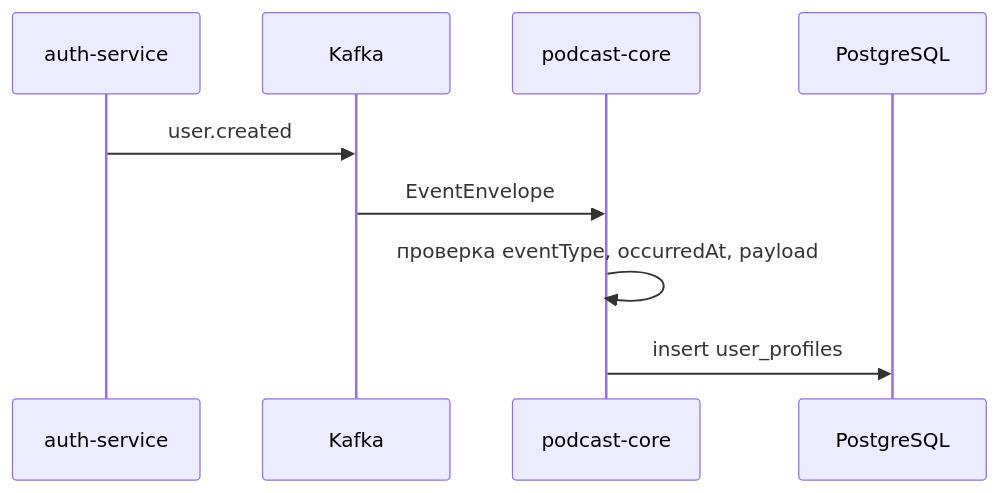
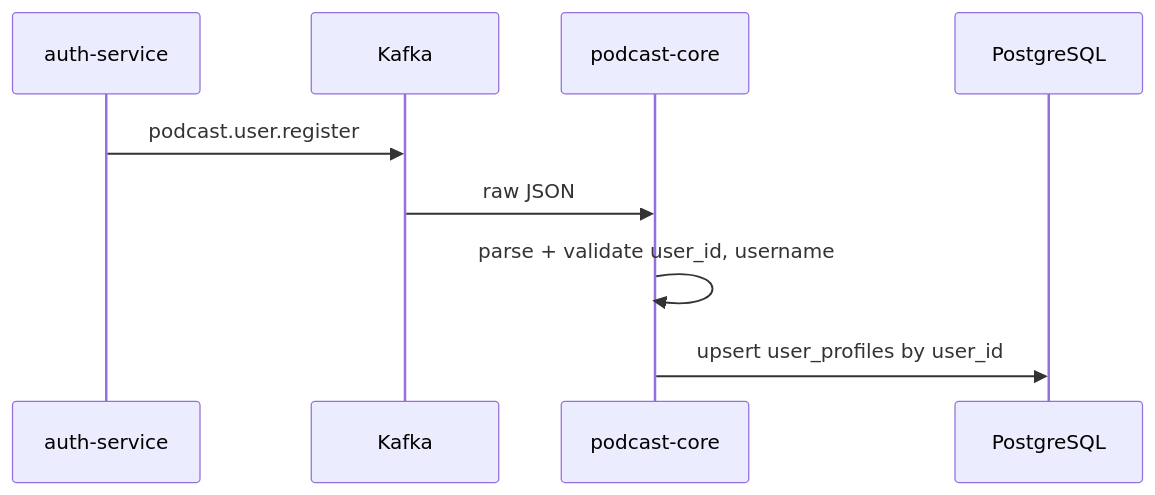
One commit to Podcast-service/Podcast_core changed the first of 2 diagrams in docs/architecture/kafka-flow.md. Above: the diagram before and after it, drawn with Mermaid. The commit also changed other lines of this file and 69 other files, not shown here.

````diff
--- a/docs/architecture/kafka-flow.md
+++ b/docs/architecture/kafka-flow.md
@@ -7,11 +7,11 @@
 ```mermaid
 sequenceDiagram
     participant Auth as auth-service
     participant Kafka as Kafka
     participant Core as podcast-core
     participant DB as PostgreSQL
-    Auth->>Kafka: user.created
-    Kafka->>Core: EventEnvelope
-    Core->>Core: проверка eventType, occurredAt, payload
-    Core->>DB: insert user_profiles
+    Auth->>Kafka: podcast.user.register
+    Kafka->>Core: raw JSON
+    Core->>Core: parse + validate user_id, username
+    Core->>DB: upsert user_profiles by user_id
 ```
````
